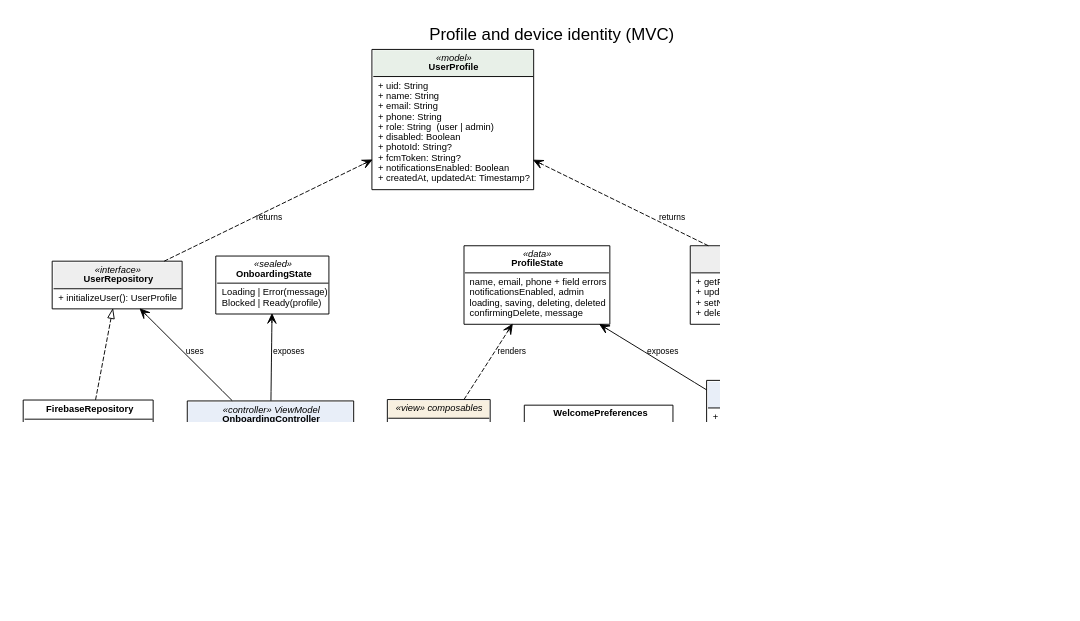
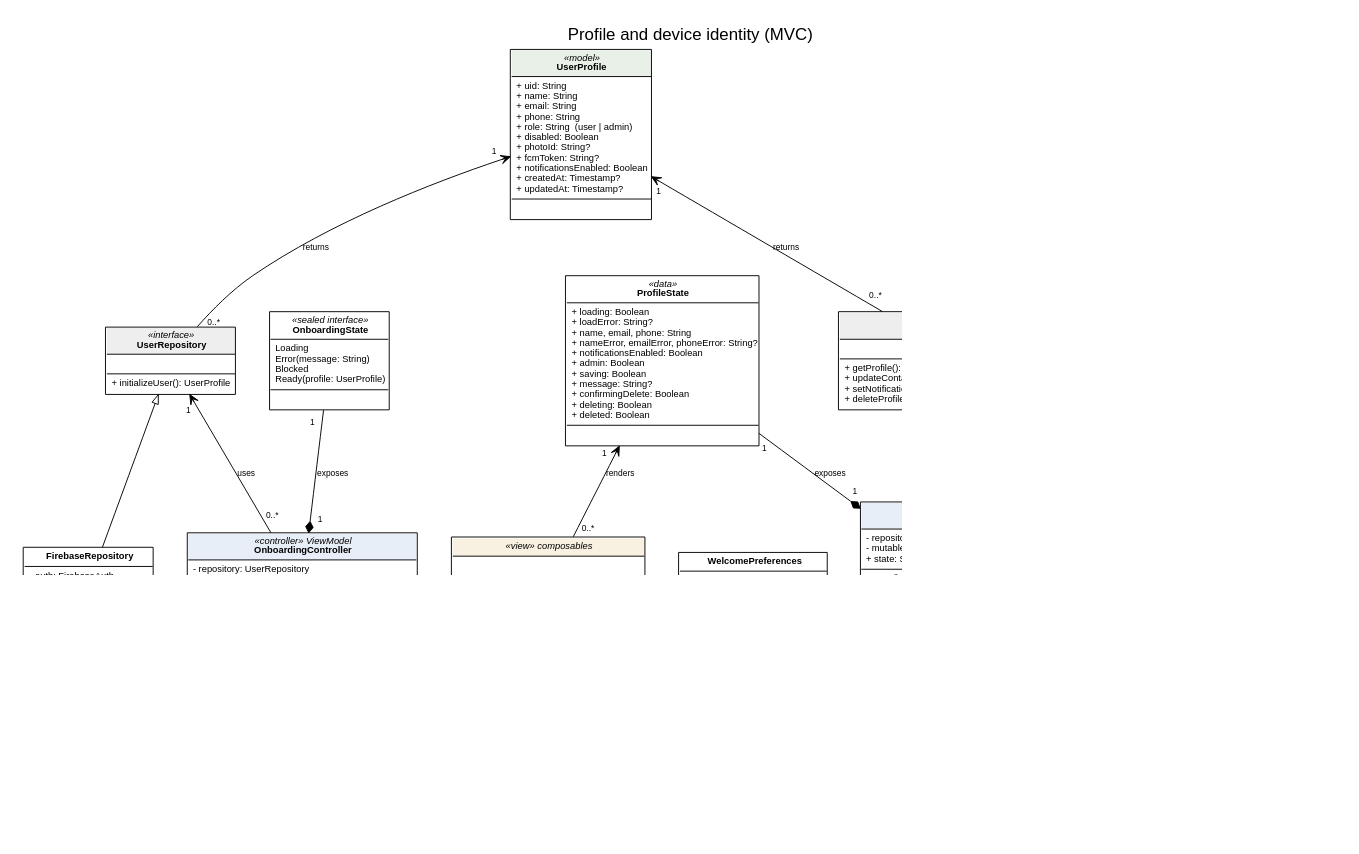
The diagram in doc/uml/profile_identity.dot (CMPUT301F26-legion/legion-events), drawn with Graphviz before and after one commit. The commit also changed 1 other file, not shown here.

Commit message:
Use standard UML arrows, multiplicities, and attribute/method compartments in profile diagram

```diff
--- a/doc/uml/profile_identity.dot
+++ b/doc/uml/profile_identity.dot
@@ -1,80 +1,98 @@
 // UML class diagram: profile and device identity (Person 1, US 01.07.03, 01.08.01, 01.09.01, 01.10.01, 01.11.01).
 // Render with: dot -Tpng doc/uml/profile_identity.dot -o doc/uml/profile_identity.png
 digraph ProfileIdentity {
   graph [rankdir=BT fontname="Liberation Sans" nodesep=0.5 ranksep=0.7 dpi=110 pad=0.3
          label="Profile and device identity (MVC)" labelloc=t fontsize=18];
   node  [shape=plain fontname="Liberation Sans" fontsize=10];
   edge  [fontname="Liberation Sans" fontsize=9];
 
   UserProfile [label=<<TABLE BORDER="1" CELLBORDER="0" CELLSPACING="0" CELLPADDING="4">
     <TR><TD BGCOLOR="#e8f0e8"><I>«model»</I><BR/><B>UserProfile</B></TD></TR>
-    <TR><TD ALIGN="LEFT" BALIGN="LEFT" SIDES="T" BORDER="1">+ uid: String<BR/>+ name: String<BR/>+ email: String<BR/>+ phone: String<BR/>+ role: String  (user | admin)<BR/>+ disabled: Boolean<BR/>+ photoId: String?<BR/>+ fcmToken: String?<BR/>+ notificationsEnabled: Boolean<BR/>+ createdAt, updatedAt: Timestamp?</TD></TR></TABLE>>];
+    <TR><TD ALIGN="LEFT" BALIGN="LEFT" SIDES="T" BORDER="1">+ uid: String<BR/>+ name: String<BR/>+ email: String<BR/>+ phone: String<BR/>+ role: String  (user | admin)<BR/>+ disabled: Boolean<BR/>+ photoId: String?<BR/>+ fcmToken: String?<BR/>+ notificationsEnabled: Boolean<BR/>+ createdAt: Timestamp?<BR/>+ updatedAt: Timestamp?</TD></TR>
+    <TR><TD ALIGN="LEFT" BALIGN="LEFT" SIDES="T" BORDER="1"> </TD></TR></TABLE>>];
 
   UserRepository [label=<<TABLE BORDER="1" CELLBORDER="0" CELLSPACING="0" CELLPADDING="4">
     <TR><TD BGCOLOR="#eeeeee"><I>«interface»</I><BR/><B>UserRepository</B></TD></TR>
-    <TR><TD ALIGN="LEFT" SIDES="T" BORDER="1">+ initializeUser(): UserProfile</TD></TR></TABLE>>];
+    <TR><TD ALIGN="LEFT" BALIGN="LEFT" SIDES="T" BORDER="1"> </TD></TR>
+    <TR><TD ALIGN="LEFT" BALIGN="LEFT" SIDES="T" BORDER="1">+ initializeUser(): UserProfile</TD></TR></TABLE>>];
 
   ProfileRepository [label=<<TABLE BORDER="1" CELLBORDER="0" CELLSPACING="0" CELLPADDING="4">
     <TR><TD BGCOLOR="#eeeeee"><I>«interface»</I><BR/><B>ProfileRepository</B></TD></TR>
-    <TR><TD ALIGN="LEFT" BALIGN="LEFT" SIDES="T" BORDER="1">+ getProfile(): UserProfile<BR/>+ updateContact(name, email, phone)<BR/>+ setNotificationsEnabled(enabled: Boolean)<BR/>+ deleteProfile()</TD></TR></TABLE>>];
+    <TR><TD ALIGN="LEFT" BALIGN="LEFT" SIDES="T" BORDER="1"> </TD></TR>
+    <TR><TD ALIGN="LEFT" BALIGN="LEFT" SIDES="T" BORDER="1">+ getProfile(): UserProfile<BR/>+ updateContact(name: String, email: String, phone: String)<BR/>+ setNotificationsEnabled(enabled: Boolean)<BR/>+ deleteProfile()</TD></TR></TABLE>>];
 
   FirebaseRepository [label=<<TABLE BORDER="1" CELLBORDER="0" CELLSPACING="0" CELLPADDING="4">
     <TR><TD><B>FirebaseRepository</B></TD></TR>
     <TR><TD ALIGN="LEFT" BALIGN="LEFT" SIDES="T" BORDER="1">- auth: FirebaseAuth<BR/>- firestore: FirebaseFirestore</TD></TR>
     <TR><TD ALIGN="LEFT" BALIGN="LEFT" SIDES="T" BORDER="1">+ initializeUser(): UserProfile<BR/>(campsite reads omitted)</TD></TR></TABLE>>];
 
   FirebaseProfileRepository [label=<<TABLE BORDER="1" CELLBORDER="0" CELLSPACING="0" CELLPADDING="4">
     <TR><TD><B>FirebaseProfileRepository</B></TD></TR>
     <TR><TD ALIGN="LEFT" BALIGN="LEFT" SIDES="T" BORDER="1">- auth: FirebaseAuth<BR/>- firestore: FirebaseFirestore</TD></TR>
-    <TR><TD ALIGN="LEFT" BALIGN="LEFT" SIDES="T" BORDER="1">+ getProfile(): UserProfile<BR/>+ updateContact(name, email, phone)<BR/>+ setNotificationsEnabled(enabled)<BR/>+ deleteProfile()<BR/>- profileDocument(): DocumentReference</TD></TR></TABLE>>];
+    <TR><TD ALIGN="LEFT" BALIGN="LEFT" SIDES="T" BORDER="1">+ getProfile(): UserProfile<BR/>+ updateContact(name: String, email: String, phone: String)<BR/>+ setNotificationsEnabled(enabled: Boolean)<BR/>+ deleteProfile()<BR/>- profileDocument(): DocumentReference</TD></TR></TABLE>>];
 
   WelcomePreferences [label=<<TABLE BORDER="1" CELLBORDER="0" CELLSPACING="0" CELLPADDING="4">
     <TR><TD><B>WelcomePreferences</B></TD></TR>
-    <TR><TD ALIGN="LEFT" SIDES="T" BORDER="1">- preferences: SharedPreferences</TD></TR>
+    <TR><TD ALIGN="LEFT" BALIGN="LEFT" SIDES="T" BORDER="1">- preferences: SharedPreferences</TD></TR>
     <TR><TD ALIGN="LEFT" BALIGN="LEFT" SIDES="T" BORDER="1">+ hasSeenWelcome(): Boolean<BR/>+ markWelcomeSeen()</TD></TR></TABLE>>];
 
   OnboardingController [label=<<TABLE BORDER="1" CELLBORDER="0" CELLSPACING="0" CELLPADDING="4">
     <TR><TD BGCOLOR="#e8eef8"><I>«controller» ViewModel</I><BR/><B>OnboardingController</B></TD></TR>
-    <TR><TD ALIGN="LEFT" SIDES="T" BORDER="1">+ state: StateFlow&lt;OnboardingState&gt;</TD></TR>
-    <TR><TD ALIGN="LEFT" BALIGN="LEFT" SIDES="T" BORDER="1">+ retry()<BR/>+ restart()</TD></TR></TABLE>>];
+    <TR><TD ALIGN="LEFT" BALIGN="LEFT" SIDES="T" BORDER="1">- repository: UserRepository<BR/>- mutableState: MutableStateFlow&lt;OnboardingState&gt;<BR/>+ state: StateFlow&lt;OnboardingState&gt;</TD></TR>
+    <TR><TD ALIGN="LEFT" BALIGN="LEFT" SIDES="T" BORDER="1">+ retry()<BR/>+ restart()<BR/>- initialize()</TD></TR></TABLE>>];
 
   OnboardingState [label=<<TABLE BORDER="1" CELLBORDER="0" CELLSPACING="0" CELLPADDING="4">
-    <TR><TD><I>«sealed»</I><BR/><B>OnboardingState</B></TD></TR>
-    <TR><TD ALIGN="LEFT" BALIGN="LEFT" SIDES="T" BORDER="1">Loading | Error(message)<BR/>Blocked | Ready(profile)</TD></TR></TABLE>>];
+    <TR><TD><I>«sealed interface»</I><BR/><B>OnboardingState</B></TD></TR>
+    <TR><TD ALIGN="LEFT" BALIGN="LEFT" SIDES="T" BORDER="1">Loading<BR/>Error(message: String)<BR/>Blocked<BR/>Ready(profile: UserProfile)</TD></TR>
+    <TR><TD ALIGN="LEFT" BALIGN="LEFT" SIDES="T" BORDER="1"> </TD></TR></TABLE>>];
 
   ProfileController [label=<<TABLE BORDER="1" CELLBORDER="0" CELLSPACING="0" CELLPADDING="4">
     <TR><TD BGCOLOR="#e8eef8"><I>«controller» ViewModel</I><BR/><B>ProfileController</B></TD></TR>
-    <TR><TD ALIGN="LEFT" SIDES="T" BORDER="1">+ state: StateFlow&lt;ProfileState&gt;</TD></TR>
-    <TR><TD ALIGN="LEFT" BALIGN="LEFT" SIDES="T" BORDER="1">+ retry()<BR/>+ setName(), setEmail(), setPhone()<BR/>+ save()<BR/>+ setNotificationsEnabled(enabled)<BR/>+ requestDelete(), cancelDelete()<BR/>+ confirmDelete()</TD></TR></TABLE>>];
+    <TR><TD ALIGN="LEFT" BALIGN="LEFT" SIDES="T" BORDER="1">- repository: ProfileRepository<BR/>- mutableState: MutableStateFlow&lt;ProfileState&gt;<BR/>+ state: StateFlow&lt;ProfileState&gt;</TD></TR>
+    <TR><TD ALIGN="LEFT" BALIGN="LEFT" SIDES="T" BORDER="1">+ retry()<BR/>+ setName(name: String)<BR/>+ setEmail(email: String)<BR/>+ setPhone(phone: String)<BR/>+ save()<BR/>+ setNotificationsEnabled(enabled: Boolean)<BR/>+ requestDelete()<BR/>+ cancelDelete()<BR/>+ confirmDelete()</TD></TR></TABLE>>];
 
   ProfileState [label=<<TABLE BORDER="1" CELLBORDER="0" CELLSPACING="0" CELLPADDING="4">
     <TR><TD><I>«data»</I><BR/><B>ProfileState</B></TD></TR>
-    <TR><TD ALIGN="LEFT" BALIGN="LEFT" SIDES="T" BORDER="1">name, email, phone + field errors<BR/>notificationsEnabled, admin<BR/>loading, saving, deleting, deleted<BR/>confirmingDelete, message</TD></TR></TABLE>>];
+    <TR><TD ALIGN="LEFT" BALIGN="LEFT" SIDES="T" BORDER="1">+ loading: Boolean<BR/>+ loadError: String?<BR/>+ name, email, phone: String<BR/>+ nameError, emailError, phoneError: String?<BR/>+ notificationsEnabled: Boolean<BR/>+ admin: Boolean<BR/>+ saving: Boolean<BR/>+ message: String?<BR/>+ confirmingDelete: Boolean<BR/>+ deleting: Boolean<BR/>+ deleted: Boolean</TD></TR>
+    <TR><TD ALIGN="LEFT" BALIGN="LEFT" SIDES="T" BORDER="1"> </TD></TR></TABLE>>];
 
   AppNavigation [label=<<TABLE BORDER="1" CELLBORDER="0" CELLSPACING="0" CELLPADDING="4">
     <TR><TD BGCOLOR="#e8eef8"><I>«controller» composable</I><BR/><B>AppNavigation</B></TD></TR>
-    <TR><TD ALIGN="LEFT" BALIGN="LEFT" SIDES="T" BORDER="1">routes S01 to S20 + policy<BR/>bottom bar: Explore, Lotteries,<BR/>Inbox, Bookings, Profile</TD></TR></TABLE>>];
+    <TR><TD ALIGN="LEFT" BALIGN="LEFT" SIDES="T" BORDER="1">controller: OnboardingController<BR/>navController: NavHostController<BR/>profiles: ProfileRepository<BR/>welcome: WelcomePreferences?<BR/>(campsite, lottery, and owner repositories omitted)</TD></TR>
+    <TR><TD ALIGN="LEFT" BALIGN="LEFT" SIDES="T" BORDER="1">+ AppNavigation()<BR/>  routes S01 to S20 + policy<BR/>  bottom bar: Explore, Lotteries, Inbox, Bookings, Profile</TD></TR></TABLE>>];
 
   Views [label=<<TABLE BORDER="1" CELLBORDER="0" CELLSPACING="0" CELLPADDING="4">
     <TR><TD BGCOLOR="#f8f0e0"><I>«view» composables</I></TD></TR>
-    <TR><TD ALIGN="LEFT" BALIGN="LEFT" SIDES="T" BORDER="1">OnboardingScreen<BR/>WelcomeScreen (S01)<BR/>ProfileScreen (S11)<BR/>PolicyScreen<BR/>PlaceholderScreen</TD></TR></TABLE>>];
+    <TR><TD ALIGN="LEFT" BALIGN="LEFT" SIDES="T" BORDER="1"> </TD></TR>
+    <TR><TD ALIGN="LEFT" BALIGN="LEFT" SIDES="T" BORDER="1">+ OnboardingScreen(state, onRetry)<BR/>+ WelcomeScreen(onStart, onPolicy)  (S01)<BR/>+ ProfileScreen(state, on… callbacks)  (S11)<BR/>+ PolicyScreen(onBack)<BR/>+ PlaceholderScreen(title, onBack)</TD></TR></TABLE>>];
 
   note [shape=note fontsize=9 style=filled fillcolor="#fffbe6" label="Views only render state and forward taps;\nthey never call Firestore.\nDeleting a profile does not yet remove\nwaitlist entries (needs WaitlistEntry)."];
 
-  // Realization (implements)
-  FirebaseRepository -> UserRepository [arrowhead=onormal style=dashed];
-  FirebaseProfileRepository -> ProfileRepository [arrowhead=onormal style=dashed];
-  // Dependencies
-  UserRepository -> UserProfile [arrowhead=vee style=dashed label="returns"];
-  ProfileRepository -> UserProfile [arrowhead=vee style=dashed label="returns"];
-  OnboardingController -> UserRepository [arrowhead=vee label="uses"];
-  OnboardingController -> OnboardingState [arrowhead=vee label="exposes"];
-  ProfileController -> ProfileRepository [arrowhead=vee label="uses"];
-  ProfileController -> ProfileState [arrowhead=vee label="exposes"];
-  AppNavigation -> OnboardingController [arrowhead=vee];
-  AppNavigation -> ProfileController [arrowhead=vee label="creates"];
-  AppNavigation -> WelcomePreferences [arrowhead=vee];
-  AppNavigation -> Views [arrowhead=vee label="shows"];
-  Views -> ProfileState [arrowhead=vee style=dashed label="renders"];
+  // Notation: extends (hollow triangle), one-way navigability (open arrow),
+  // aggregation (hollow diamond on the owner), composition (filled diamond on the owner).
+  // Multiplicities: taillabel = source end, headlabel = target end. Extends has none.
+  edge [labeldistance=1.8 labelangle=35];
+
+  // Extends: the Firebase classes implement the repository interfaces.
+  FirebaseRepository -> UserRepository [arrowhead=onormal];
+  FirebaseProfileRepository -> ProfileRepository [arrowhead=onormal];
+
+  // One-way navigability
+  UserRepository -> UserProfile [arrowhead=vee label="returns" taillabel="0..*" headlabel="1"];
+  ProfileRepository -> UserProfile [arrowhead=vee label="returns" taillabel="0..*" headlabel="1"];
+  OnboardingController -> UserRepository [arrowhead=vee label="uses" taillabel="0..*" headlabel="1"];
+  ProfileController -> ProfileRepository [arrowhead=vee label="uses" taillabel="0..*" headlabel="1"];
+  AppNavigation -> OnboardingController [arrowhead=vee label="observes" taillabel="1" headlabel="1"];
+  AppNavigation -> WelcomePreferences [arrowhead=vee label="reads" taillabel="0..*" headlabel="0..1"];
+  Views -> ProfileState [arrowhead=vee label="renders" taillabel="0..*" headlabel="1"];
+
+  // Composition: each controller owns its state; S11's back stack entry owns ProfileController.
+  OnboardingController -> OnboardingState [dir=back arrowtail=diamond label="exposes" taillabel="1" headlabel="1"];
+  ProfileController -> ProfileState [dir=back arrowtail=diamond label="exposes" taillabel="1" headlabel="1"];
+  AppNavigation -> ProfileController [dir=back arrowtail=diamond label="creates" taillabel="1" headlabel="0..1"];
+
+  // Aggregation: navigation shows the screens, which exist on their own.
+  AppNavigation -> Views [dir=back arrowtail=odiamond label="shows" taillabel="1" headlabel="1..*"];
+
   note -> Views [arrowhead=none style=dotted];
 }
```
